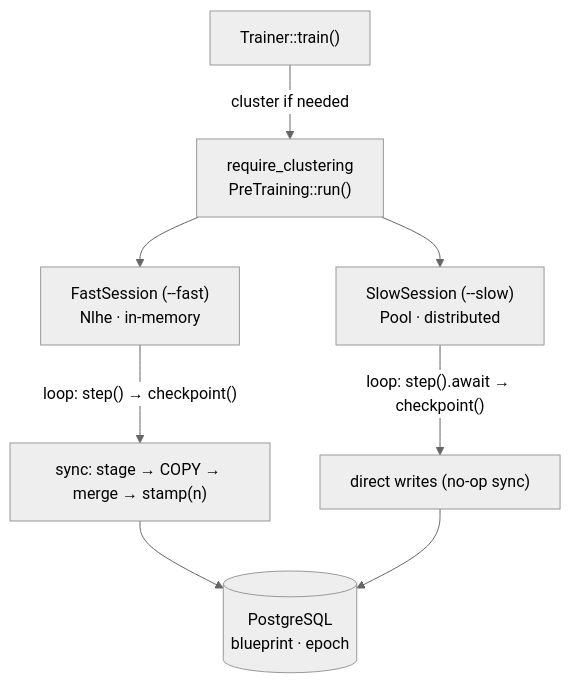
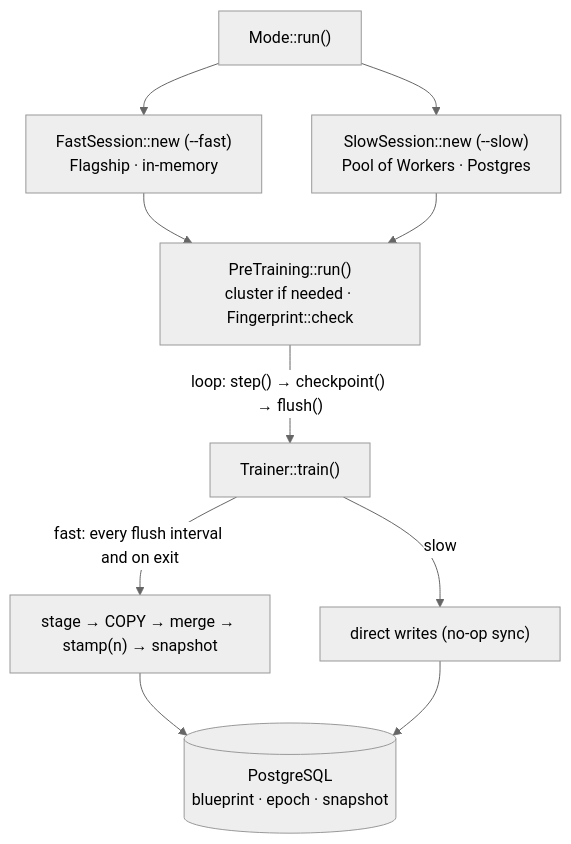
One commit to krukah/robopoker changed the sixth of 9 diagrams in crates/forge/README.md. Above: the diagram before and after it, drawn with Mermaid (neutral theme). The commit also changed other lines of this file and 26 other files, not shown here.

````diff
--- a/crates/forge/README.md
+++ b/crates/forge/README.md
@@ -118,10 +124,12 @@
 ```mermaid
 flowchart TD
-  TT["Trainer::train()"] -->|cluster if needed| RC["require_clustering<br/>PreTraining::run()"]
-  RC --> FS["FastSession (--fast)<br/>Nlhe · in-memory"]
-  RC --> SS["SlowSession (--slow)<br/>Pool · distributed"]
-  FS -->|"loop: step() → checkpoint()"| FSY["sync: stage → COPY → merge → stamp(n)"]
-  SS -->|"loop: step().await → checkpoint()"| SSY["direct writes (no-op sync)"]
-  FSY --> DB[("PostgreSQL<br/>blueprint · epoch")]
+  M["Mode::run()"] --> FS["FastSession::new (--fast)<br/>Flagship · in-memory"]
+  M --> SS["SlowSession::new (--slow)<br/>Pool of Workers · Postgres"]
+  FS --> RC["PreTraining::run()<br/>cluster if needed · Fingerprint::check"]
+  SS --> RC
+  RC -->|"loop: step() → checkpoint() → flush()"| TT["Trainer::train()"]
+  TT -->|"fast: every flush interval and on exit"| FSY["stage → COPY → merge → stamp(n) → snapshot"]
+  TT -->|"slow"| SSY["direct writes (no-op sync)"]
+  FSY --> DB[("PostgreSQL<br/>blueprint · epoch · snapshot")]
   SSY --> DB
 ```
````
